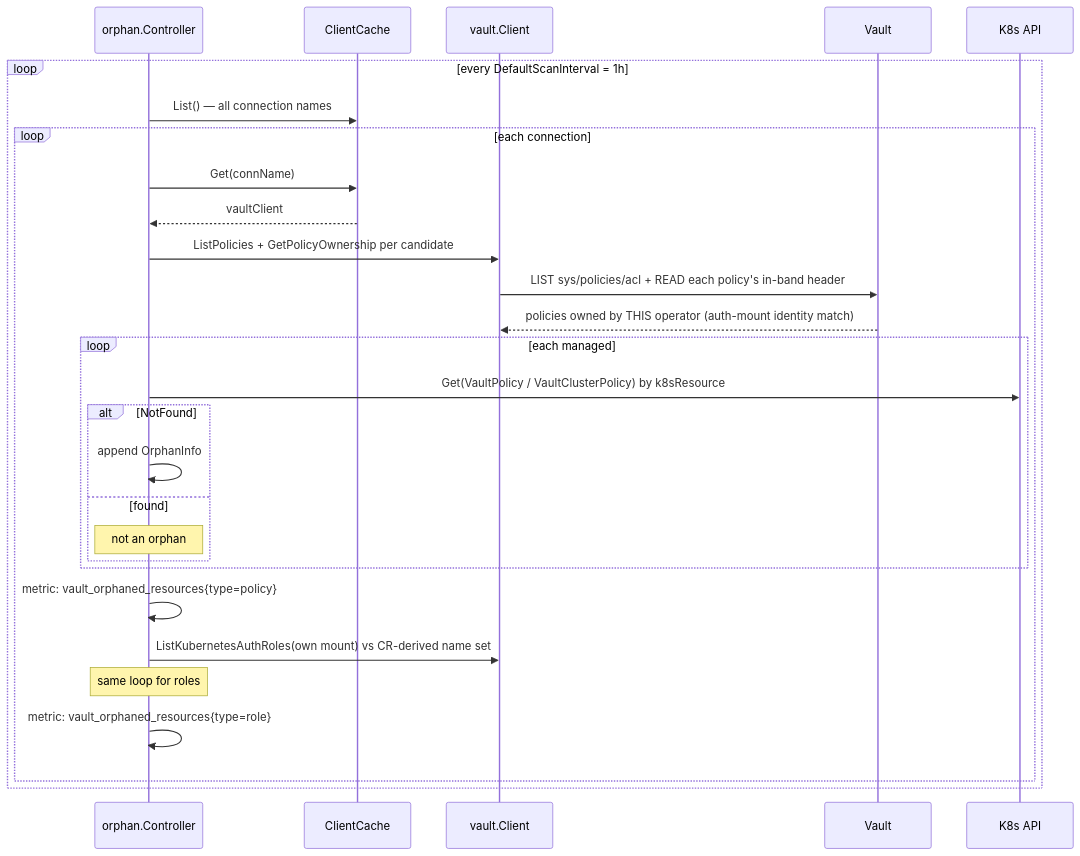
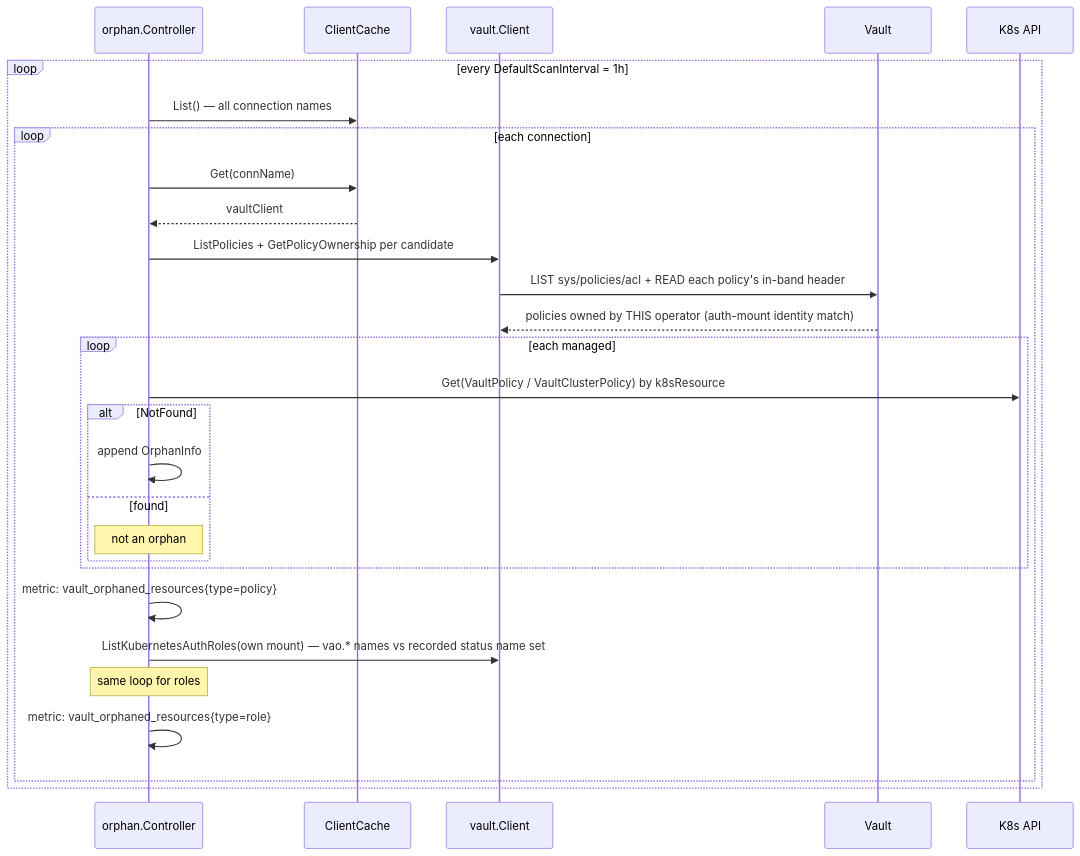
One commit to panteparak/vault-access-operator changed the third of 3 diagrams in docs/internal/FLOW_DELETION.md. Above: the diagram before and after it, drawn with Mermaid. The commit also changed other lines of this file and 81 other files, not shown here.

````diff
--- a/docs/internal/FLOW_DELETION.md
+++ b/docs/internal/FLOW_DELETION.md
@@ -167,32 +168,32 @@
 ```mermaid
 sequenceDiagram
     participant C as orphan.Controller
     participant Cache as ClientCache
     participant VC as vault.Client
     participant V as Vault
     participant K8s as K8s API
 
     loop every DefaultScanInterval = 1h
         C->>Cache: List() — all connection names
         loop each connection
             C->>Cache: Get(connName)
             Cache-->>C: vaultClient
             C->>VC: ListPolicies + GetPolicyOwnership per candidate
             VC->>V: LIST sys/policies/acl + READ each policy's in-band header
             V-->>VC: policies owned by THIS operator (auth-mount identity match)
             loop each managed
                 C->>K8s: Get(VaultPolicy / VaultClusterPolicy) by k8sResource
                 alt NotFound
                     C->>C: append OrphanInfo
                 else found
                     Note over C: not an orphan
                 end
             end
             C->>C: metric: vault_orphaned_resources{type=policy}
 
-            C->>VC: ListKubernetesAuthRoles(own mount) vs CR-derived name set
+            C->>VC: ListKubernetesAuthRoles(own mount) — vao.* names vs recorded status name set
             Note over C: same loop for roles
             C->>C: metric: vault_orphaned_resources{type=role}
         end
     end
 ```
````
